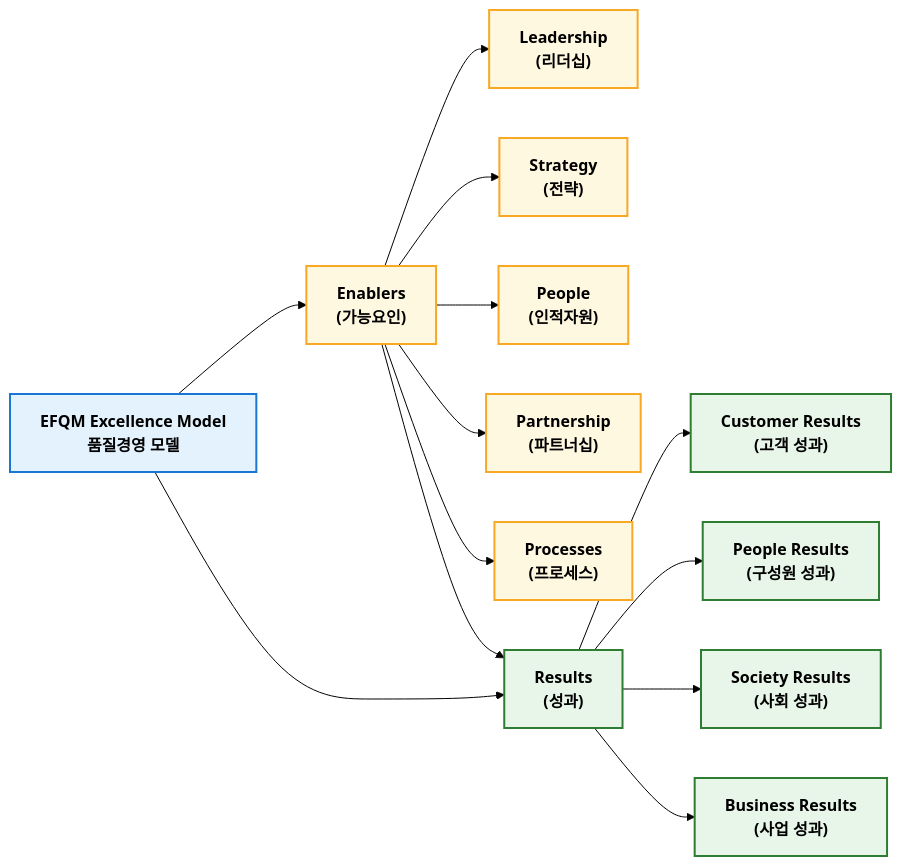
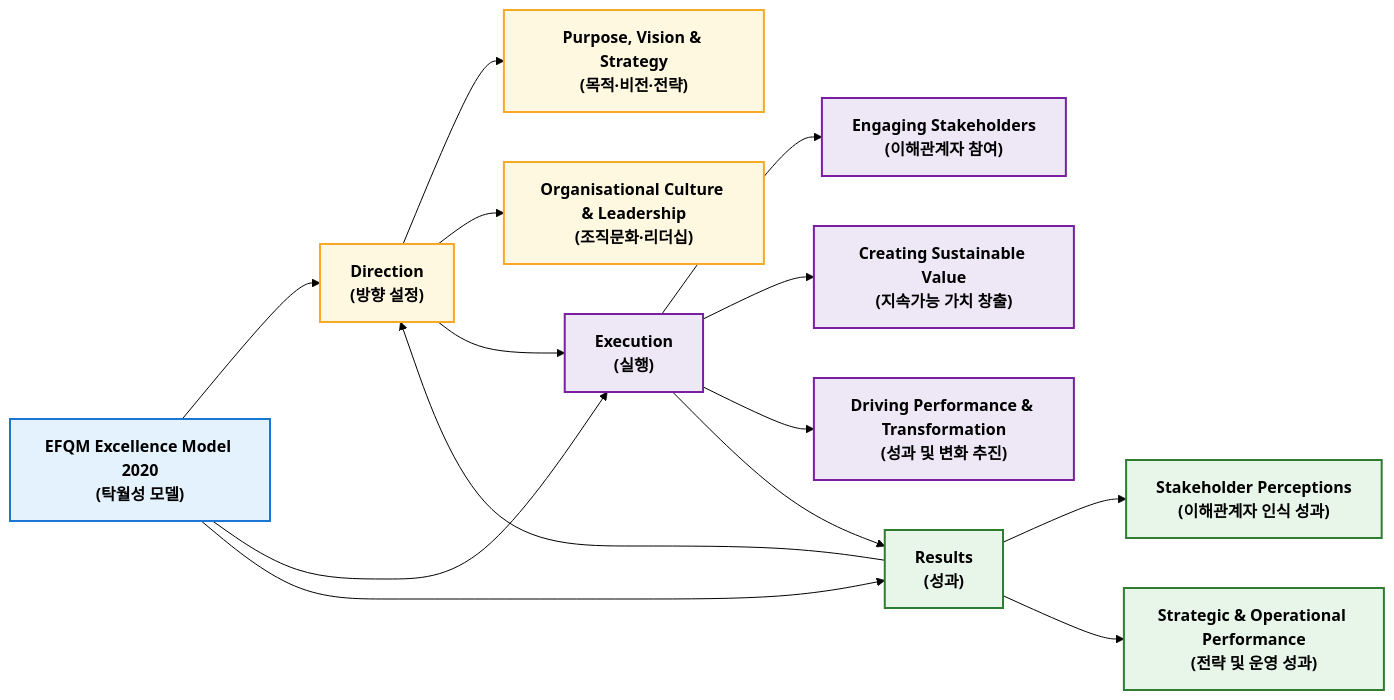
The seventh of 8 diagrams in docs/0504_quality_management.md (yeonkyupark/pepc3e), drawn with Mermaid (forest theme) before and after one commit. The commit also changed other lines of this file, not shown here.

````diff
--- a/docs/0504_quality_management.md
+++ b/docs/0504_quality_management.md
@@ -576,46 +637,56 @@
 ```mermaid
 flowchart LR
+
     classDef main fill:#E3F2FD,stroke:#1976D2,stroke-width:2px,color:#000,font-weight:bold;
-    classDef enabler fill:#FFF8E1,stroke:#F9A825,stroke-width:2px,color:#000,font-weight:bold;
+    classDef direction fill:#FFF8E1,stroke:#F9A825,stroke-width:2px,color:#000,font-weight:bold;
+    classDef execution fill:#EDE7F6,stroke:#7B1FA2,stroke-width:2px,color:#000,font-weight:bold;
     classDef result fill:#E8F5E9,stroke:#2E7D32,stroke-width:2px,color:#000,font-weight:bold;
+    classDef feedback fill:#FFEBEE,stroke:#D32F2F,stroke-width:2px,color:#000,font-weight:bold;
 
 
-    A["EFQM Excellence Model<br/>품질경영 모델"]:::main
+    A["EFQM Excellence Model 2020<br/>(탁월성 모델)"]:::main
 
 
-    B["Enablers<br/>(가능요인)"]:::enabler
+    B["Direction<br/>(방향 설정)"]:::direction
 
-    B1["Leadership<br/>(리더십)"]:::enabler
-    B2["Strategy<br/>(전략)"]:::enabler
-    B3["People<br/>(인적자원)"]:::enabler
-    B4["Partnership<br/>(파트너십)"]:::enabler
-    B5["Processes<br/>(프로세스)"]:::enabler
+    B1["Purpose, Vision & Strategy<br/>(목적·비전·전략)"]:::direction
+    B2["Organisational Culture & Leadership<br/>(조직문화·리더십)"]:::direction
 
 
-    C["Results<br/>(성과)"]:::result
+    C["Execution<br/>(실행)"]:::execution
 
-    C1["Customer Results<br/>(고객 성과)"]:::result
-    C2["People Results<br/>(구성원 성과)"]:::result
-    C3["Society Results<br/>(사회 성과)"]:::result
-    C4["Business Results<br/>(사업 성과)"]:::result
+    C1["Engaging Stakeholders<br/>(이해관계자 참여)"]:::execution
+    C2["Creating Sustainable Value<br/>(지속가능 가치 창출)"]:::execution
+    C3["Driving Performance & Transformation<br/>(성과 및 변화 추진)"]:::execution
+
+
+    D["Results<br/>(성과)"]:::result
+
+    D1["Stakeholder Perceptions<br/>(이해관계자 인식 성과)"]:::result
+    D2["Strategic & Operational Performance<br/>(전략 및 운영 성과)"]:::result
 
 
     A --> B
     A --> C
+    A --> D
 
 
     B --> B1
     B --> B2
-    B --> B3
-    B --> B4
-    B --> B5
 
 
     C --> C1
     C --> C2
     C --> C3
-    C --> C4
+
+
+    D --> D1
+    D --> D2
 
 
     B --> C
+    C --> D
+
+
+    D --> B
 ```
````
